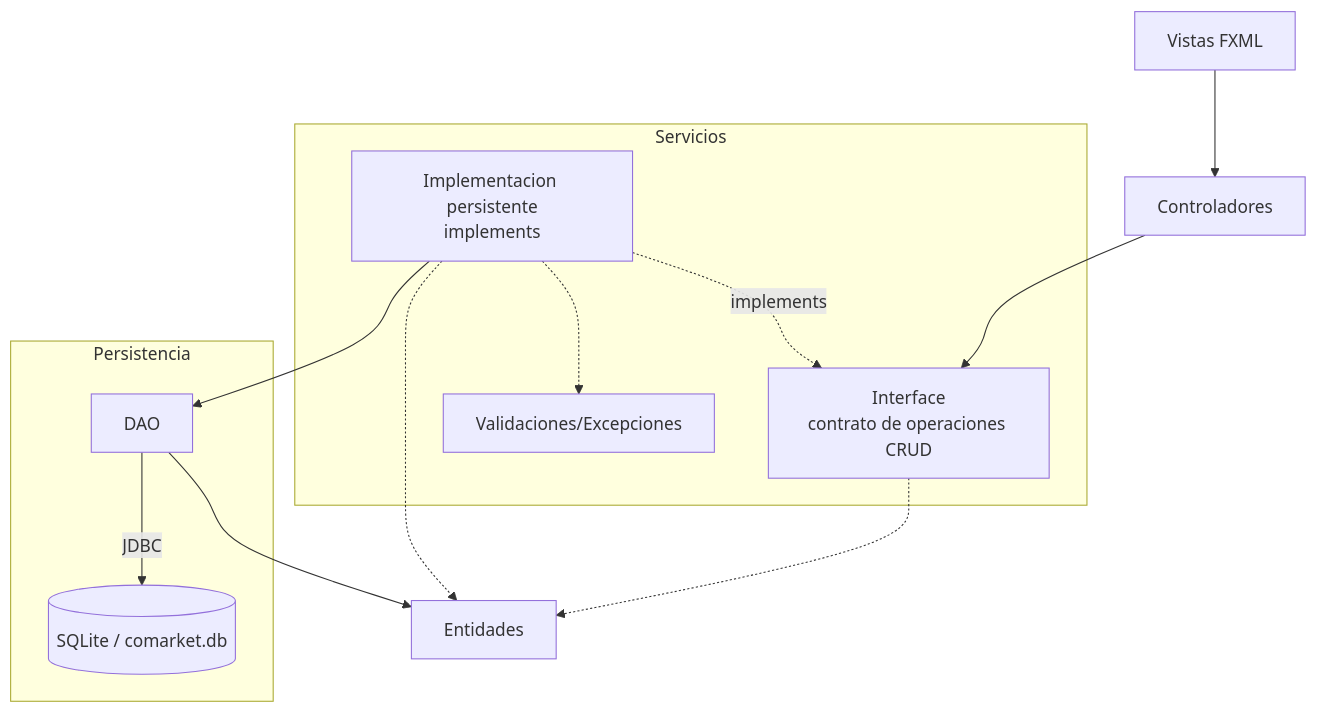
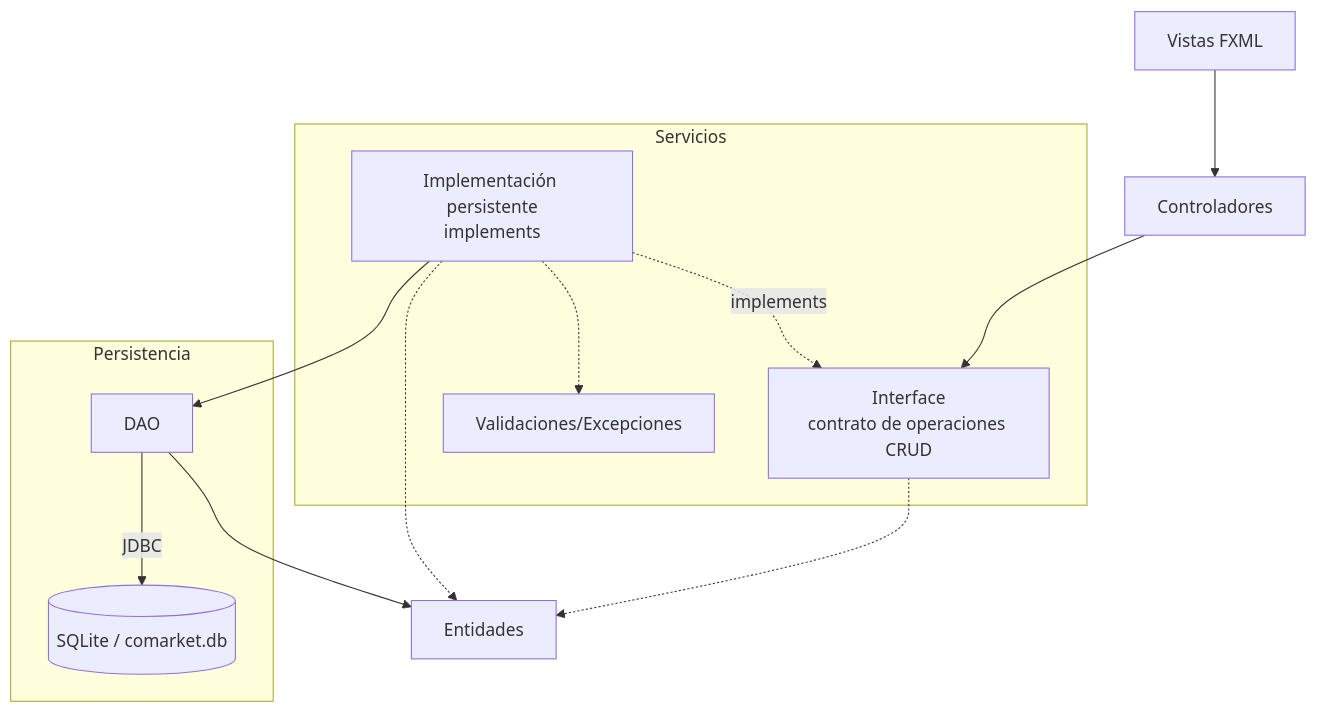
Before and after one commit to 262poo/comarket: the diagram in docs/S13_Proyecto_Integrador_Ensamblaje.md, drawn with Mermaid. The commit also changed other lines of this file and 15 other files, not shown here.

````diff
--- a/docs/S13_Proyecto_Integrador_Ensamblaje.md
+++ b/docs/S13_Proyecto_Integrador_Ensamblaje.md
@@ -58,28 +58,28 @@
 ```mermaid
 flowchart TB
     Vista["Vistas FXML"]
     Controladores["Controladores"]
 
     subgraph Servicios["Servicios"]
         Contrato["Interface<br/>contrato de operaciones CRUD"]
-        Implementacion["Implementacion persistente<br/>implements"]
+        Implementación["Implementación persistente<br/>implements"]
         Validaciones["Validaciones/Excepciones"]
     end
 
     Entidades["Entidades"]
 
     subgraph Persistencia["Persistencia"]
         DAO["DAO"]
         SQLite[("SQLite / comarket.db")]
     end
 
     Vista --> Controladores
     Controladores --> Contrato
-    Implementacion -. implements .-> Contrato
+    Implementación -. implements .-> Contrato
     Contrato -.-> Entidades
-    Implementacion -.-> Entidades
-    Implementacion -.-> Validaciones
-    Implementacion --> DAO
+    Implementación -.-> Entidades
+    Implementación -.-> Validaciones
+    Implementación --> DAO
     DAO --> Entidades
     DAO -->|"JDBC"| SQLite
 ```
````
